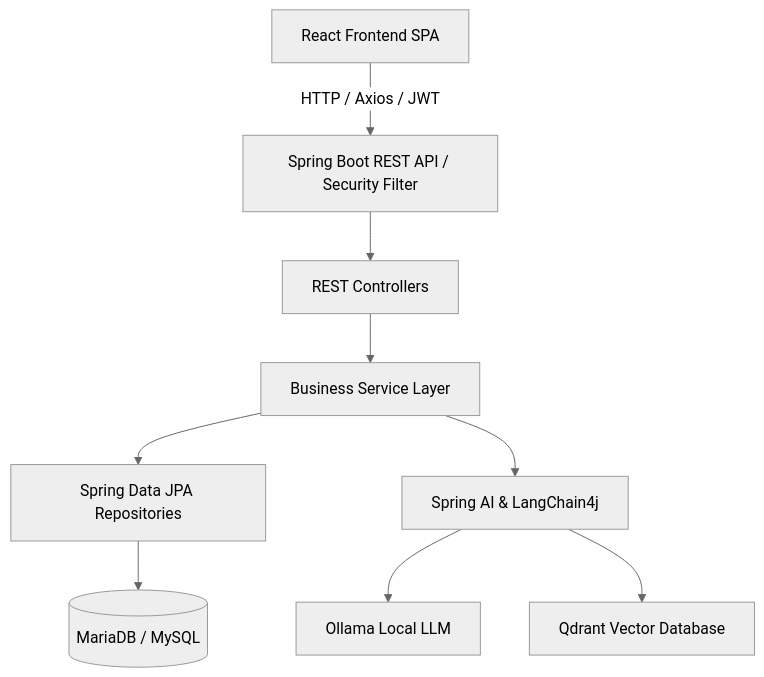
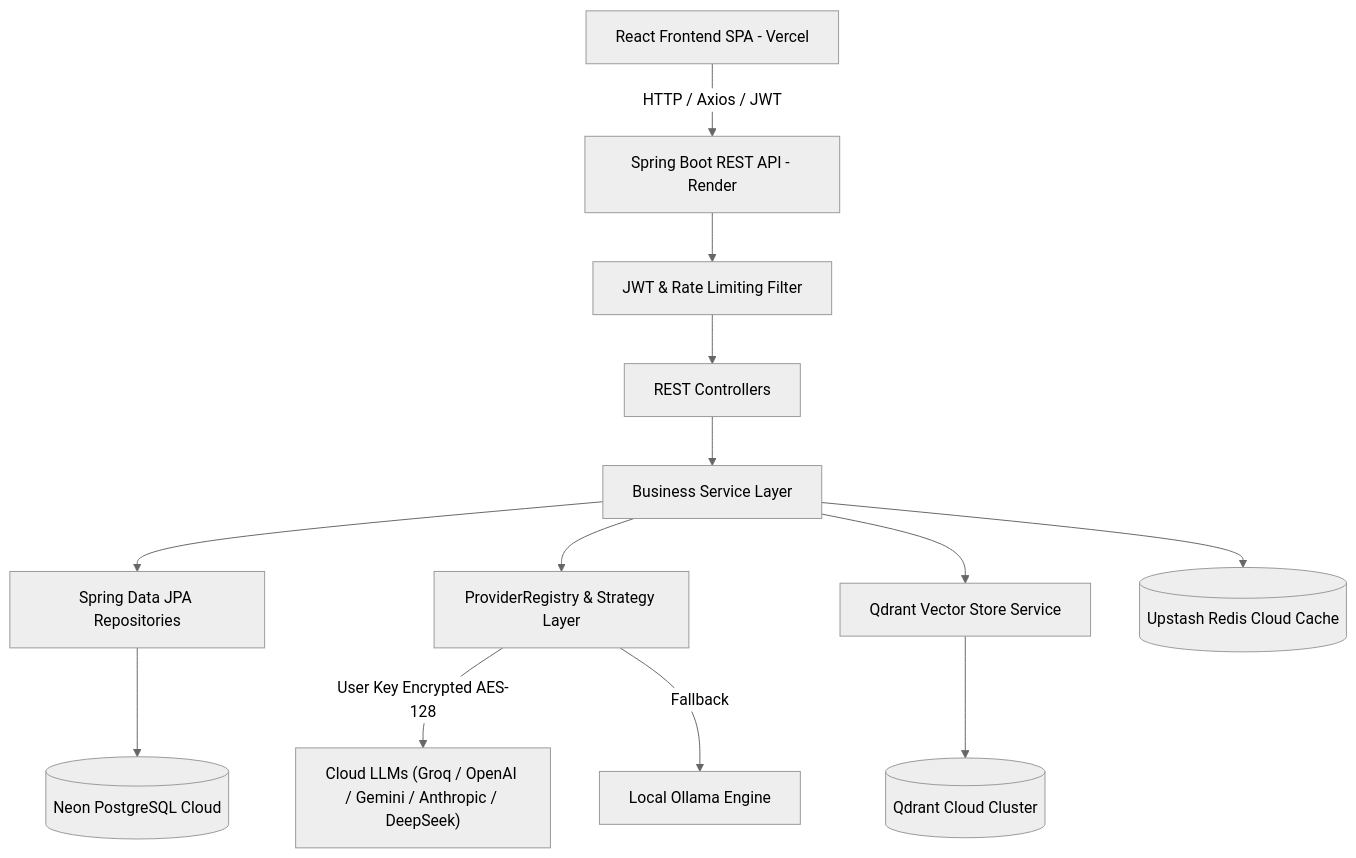
One commit to Dheerajdvn/AI-School-Management-System changed the diagram in README.md. Above: the diagram before and after it, drawn with Mermaid (neutral theme). The commit also changed other lines of this file and 8 other files, not shown here.

````diff
--- a/README.md
+++ b/README.md
@@ -66,11 +71,17 @@
 ```mermaid
 graph TD
-    Client[React Frontend SPA] -->|HTTP / Axios / JWT| Gateway[Spring Boot REST API / Security Filter]
-    Gateway --> Controllers[REST Controllers]
+    Client[React Frontend SPA - Vercel] -->|HTTP / Axios / JWT| Gateway[Spring Boot REST API - Render]
+    Gateway --> SecurityFilter[JWT & Rate Limiting Filter]
+    SecurityFilter --> Controllers[REST Controllers]
     Controllers --> Services[Business Service Layer]
     Services --> Repositories[Spring Data JPA Repositories]
-    Services --> SpringAI[Spring AI & LangChain4j]
-    SpringAI --> Ollama[Ollama Local LLM]
-    SpringAI --> Qdrant[Qdrant Vector Database]
-    Repositories --> Database[(MariaDB / MySQL)]
+    Services --> ProviderRegistry[ProviderRegistry & Strategy Layer]
+    Services --> VectorStore[Qdrant Vector Store Service]
+    
+    ProviderRegistry -->|User Key Encrypted AES-128| CloudLLM["Cloud LLMs (Groq / OpenAI / Gemini / Anthropic / DeepSeek)"]
+    ProviderRegistry -->|Fallback| Ollama[Local Ollama Engine]
+    
+    VectorStore --> QdrantCloud[(Qdrant Cloud Cluster)]
+    Repositories --> Database[(Neon PostgreSQL Cloud)]
+    Services --> Redis[(Upstash Redis Cloud Cache)]
 ```
````
